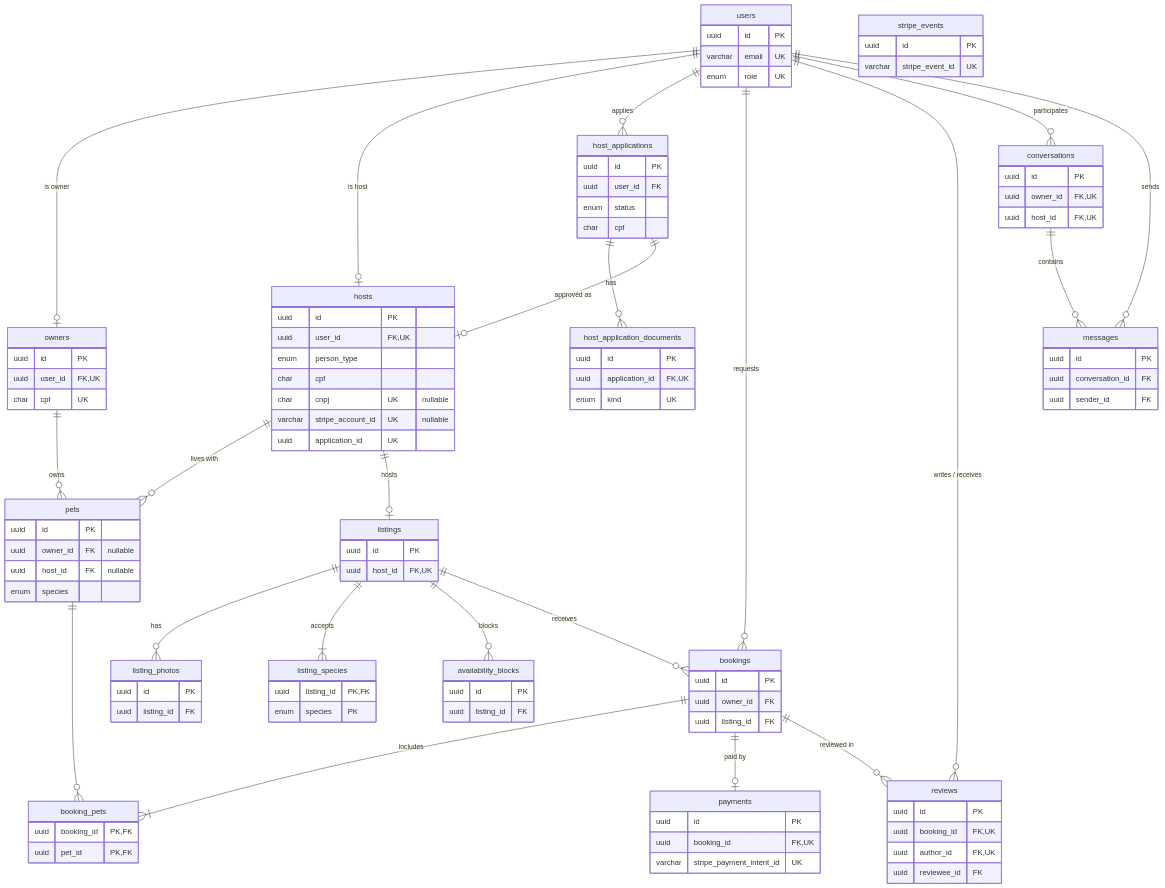
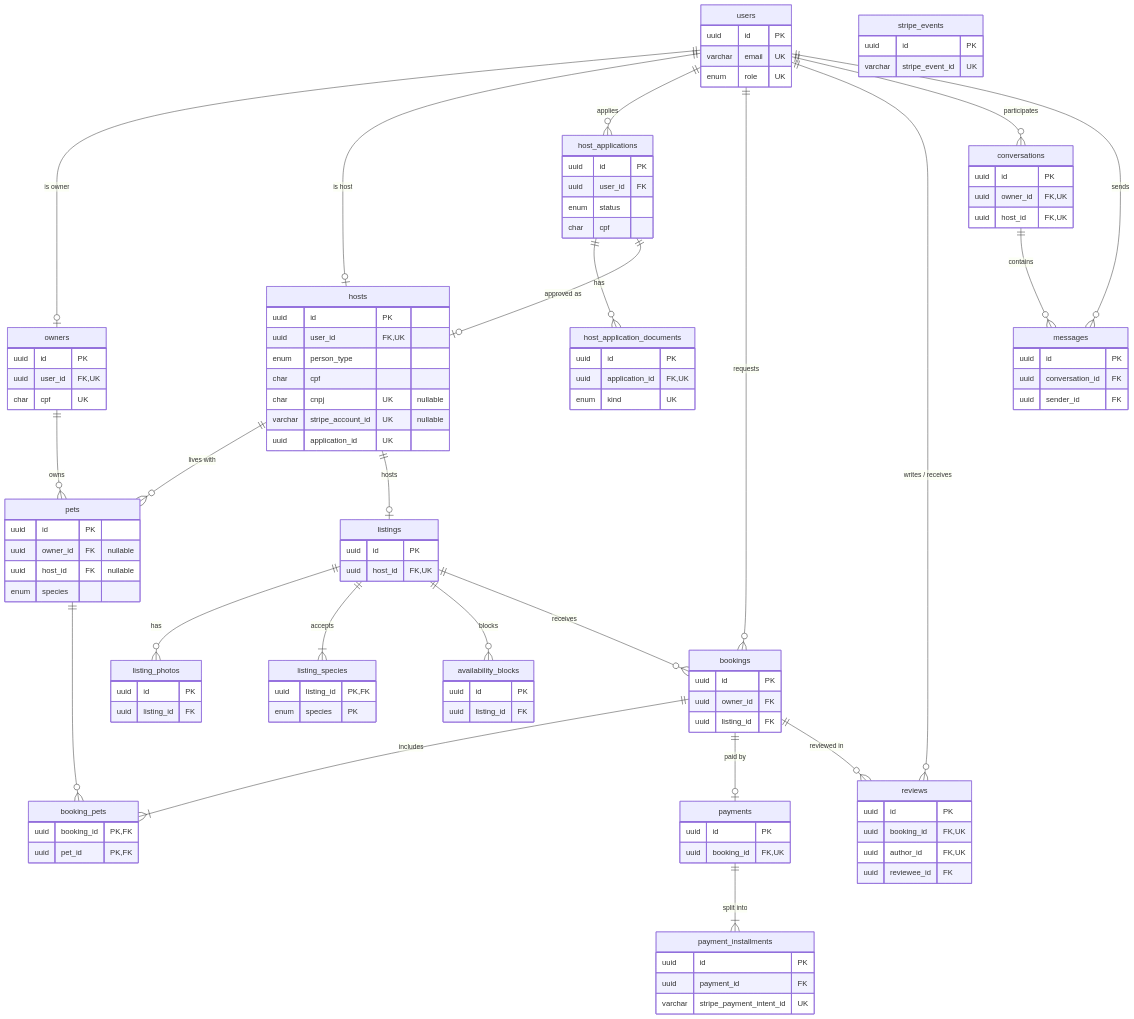
One commit to Olival42/pethost_backend changed the diagram in docs/escopo-mvp.md. Above: the diagram before and after it, drawn with Mermaid. The commit also changed other lines of this file and 163 other files, not shown here.

First line of the commit message:
feat: add Payments module integration tests and architecture tests

```diff
--- a/docs/escopo-mvp.md
+++ b/docs/escopo-mvp.md
@@ -218,6 +223,7 @@
     bookings ||--|{ booking_pets : "includes"
     pets ||--o{ booking_pets : ""
     bookings ||--o| payments : "paid by"
+    payments ||--|{ payment_installments : "split into"
     bookings ||--o{ reviews : "reviewed in"
     users ||--o{ reviews : "writes / receives"
     users ||--o{ conversations : "participates"
@@ -287,6 +293,10 @@
     payments {
         uuid id PK
         uuid booking_id FK, UK
+    }
+    payment_installments {
+        uuid id PK
+        uuid payment_id FK
         varchar stripe_payment_intent_id UK
     }
     stripe_events {
```
